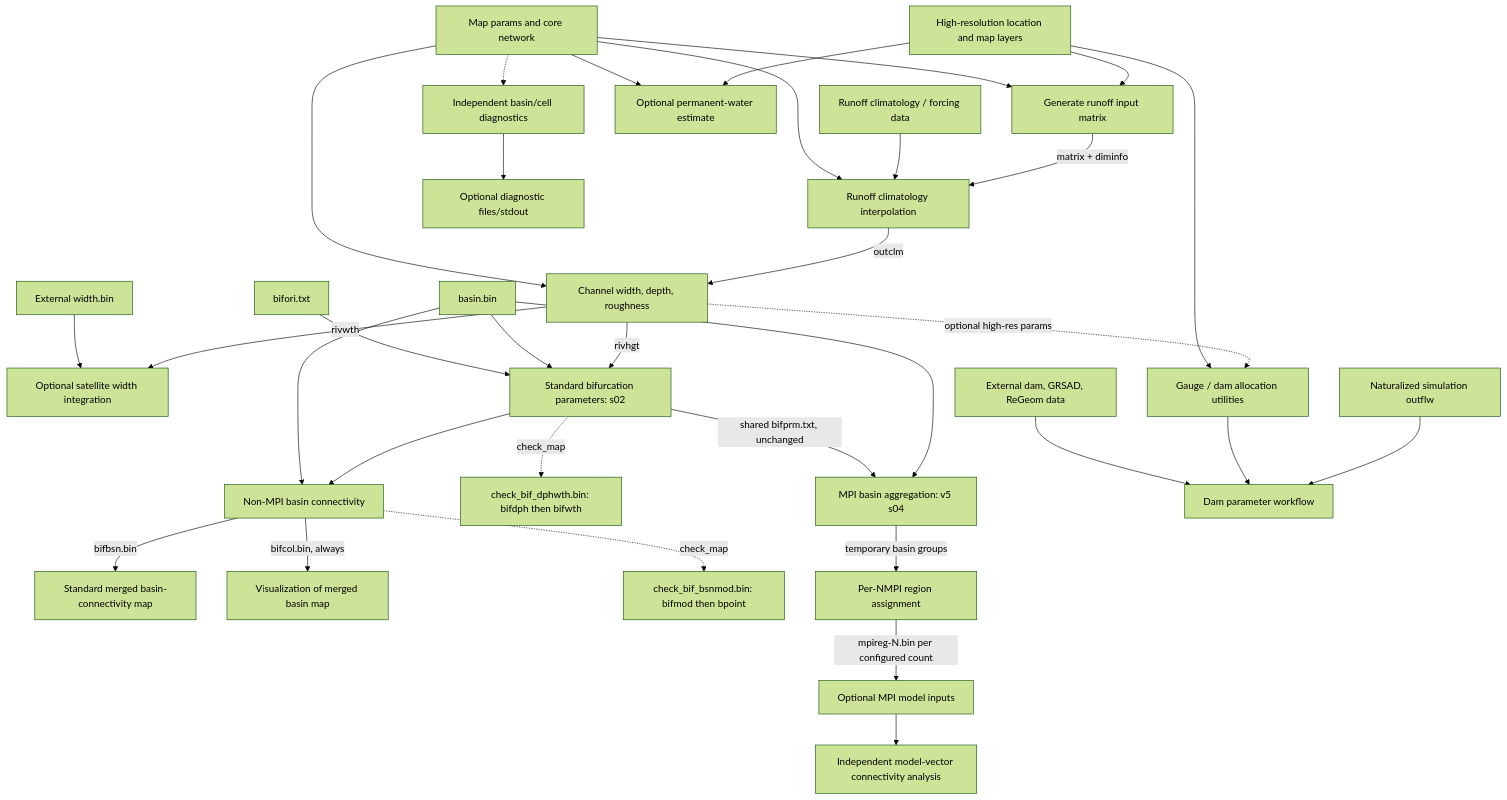
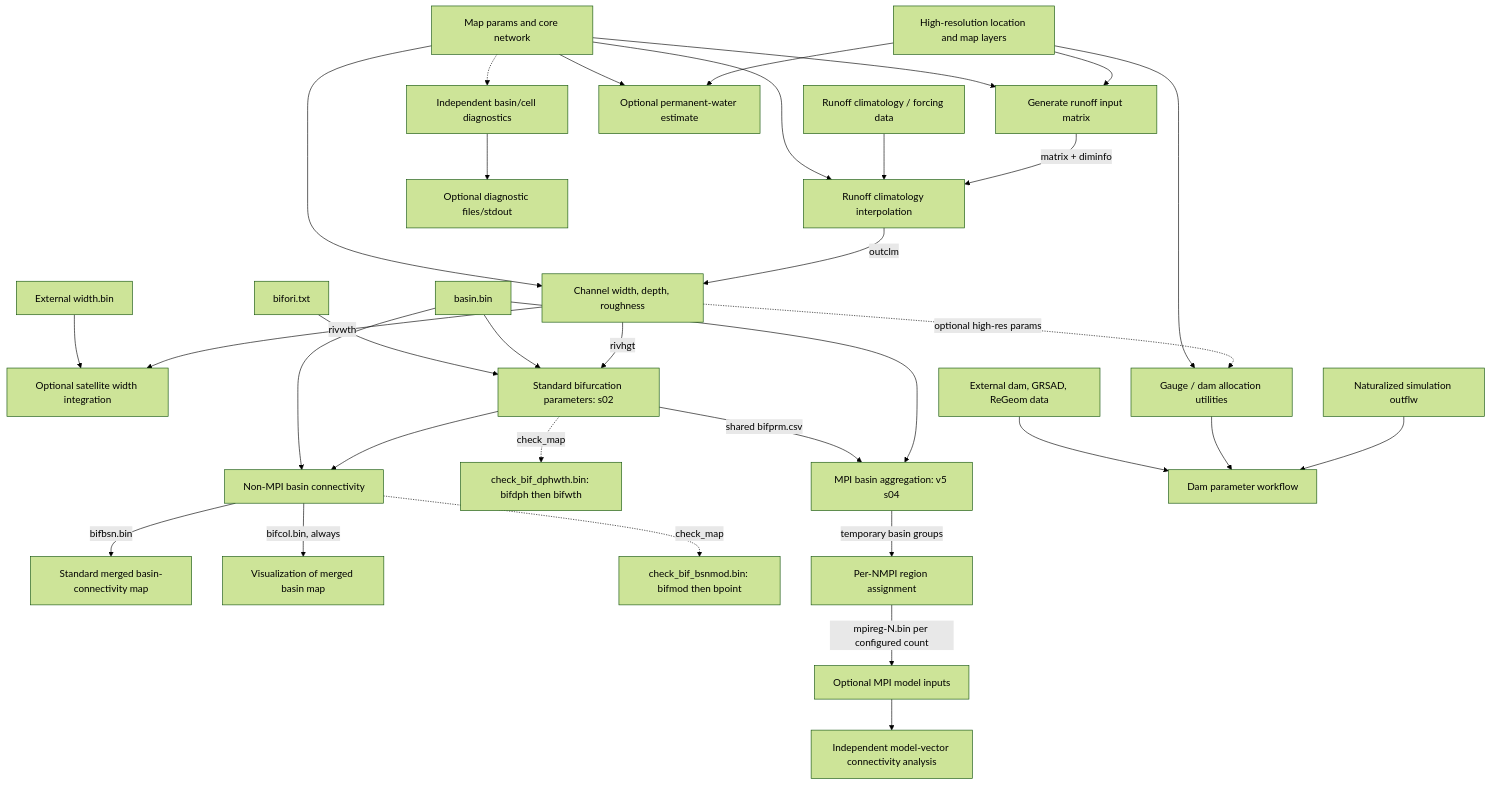
One commit to global-hydrodynamics/CaMa-Flood_v4 changed the diagram in docs/map_params_migration_plan.md. Above: the diagram before and after it, drawn with Mermaid (forest theme). The commit also changed other lines of this file and 26 other files, not shown here.

````diff
--- a/docs/map_params_migration_plan.md
+++ b/docs/map_params_migration_plan.md
@@ -79,35 +82,35 @@
 ```mermaid
 flowchart TD
   H[High-resolution location and map layers] --> IM[Generate runoff input matrix]
   P[Map params and core network] --> IM
   IM -->|matrix + diminfo| Q[Runoff climatology interpolation]
   R[Runoff climatology / forcing data] --> Q
   P --> Q
   Q -->|outclm| CH[Channel width, depth, roughness]
   P --> CH
   CH -->|rivwth| GW[Optional satellite width integration]
   W[External width.bin] --> GW
   CH -->|rivhgt| BF[Standard bifurcation parameters: s02]
   B[basin.bin] --> BF
   I[bifori.txt] --> BF
   BF --> BC[Non-MPI basin connectivity]
   B --> BC
   BC -->|bifbsn.bin| BMAP[Standard merged basin-connectivity map]
   BC -->|bifcol.bin, always| VIS[Visualization of merged basin map]
   BC -. check_map .-> BDIAG[check_bif_bsnmod.bin: bifmod then bpoint]
   BF -. check_map .-> HCDIAG[check_bif_dphwth.bin: bifdph then bifwth]
   B --> MB[MPI basin aggregation: v5 s04]
-  BF -->|shared bifprm.txt, unchanged| MB
+  BF -->|shared bifprm.csv| MB
   MB -->|temporary basin groups| MR[Per-NMPI region assignment]
   MR -->|mpireg-N.bin per configured count| MPI[Optional MPI model inputs]
   MPI --> DIAG[Independent model-vector connectivity analysis]
   H --> PW[Optional permanent-water estimate]
   P --> PW
   CH -. optional high-res params .-> ALLOC[Gauge / dam allocation utilities]
   H --> ALLOC
   SIM[Naturalized simulation outflw] --> DAM[Dam parameter workflow]
   ALLOC --> DAM
   EXT[External dam, GRSAD, ReGeom data] --> DAM
   P -.-> ANA[Independent basin/cell diagnostics]
   ANA --> AO[Optional diagnostic files/stdout]
 ```
````
